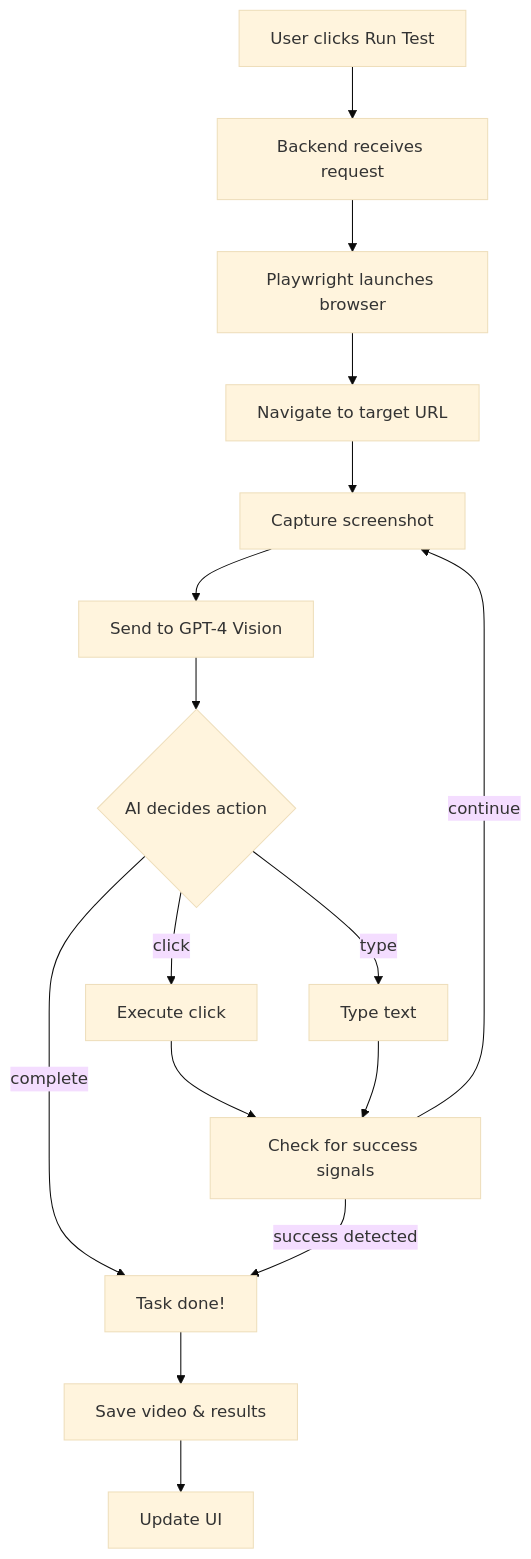
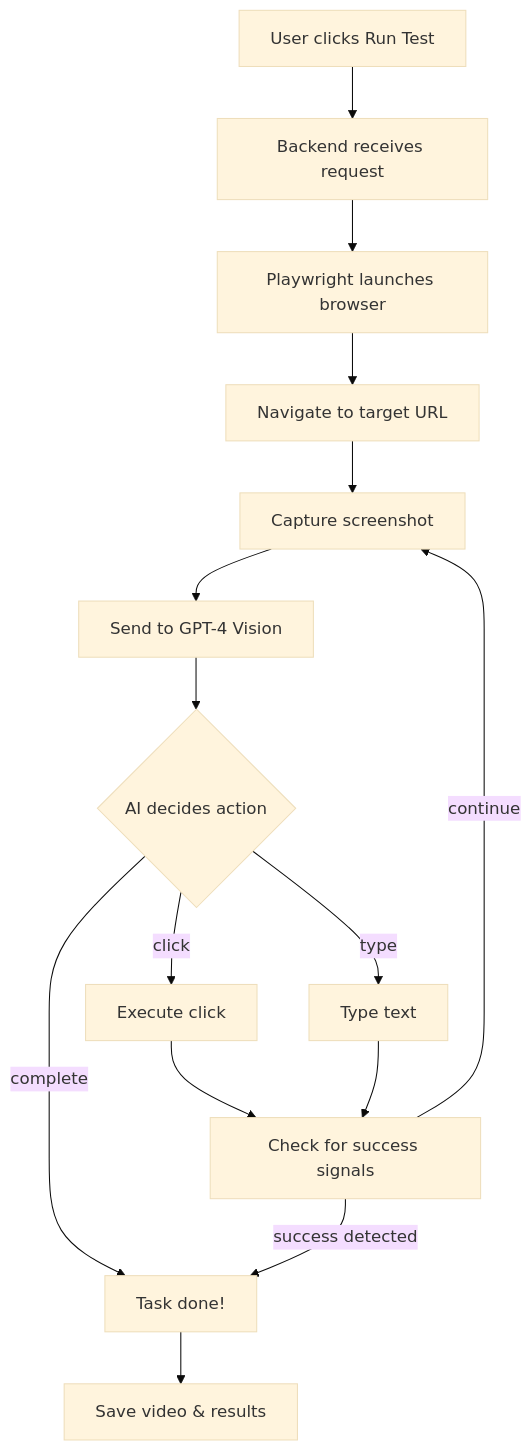
Before and after one commit to Prasadchowdar/SentinelQA: the diagram in README.md, drawn with Mermaid (base theme). The commit also changed other lines of this file and 13 other files, not shown here.

````diff
--- a/README.md
+++ b/README.md
@@ -173,18 +142,17 @@
 ```mermaid
 graph TD
     A[User clicks Run Test] --> B[Backend receives request]
     B --> C[Playwright launches browser]
     C --> D[Navigate to target URL]
     D --> E[Capture screenshot]
     E --> F[Send to GPT-4 Vision]
     F --> G{AI decides action}
     G -->|click| H[Execute click]
     G -->|type| I[Type text]
     G -->|complete| J[Task done!]
     H --> K[Check for success signals]
     I --> K
     K -->|continue| E
     K -->|success detected| J
     J --> L[Save video & results]
-    L --> M[Update UI]
 ```
````
